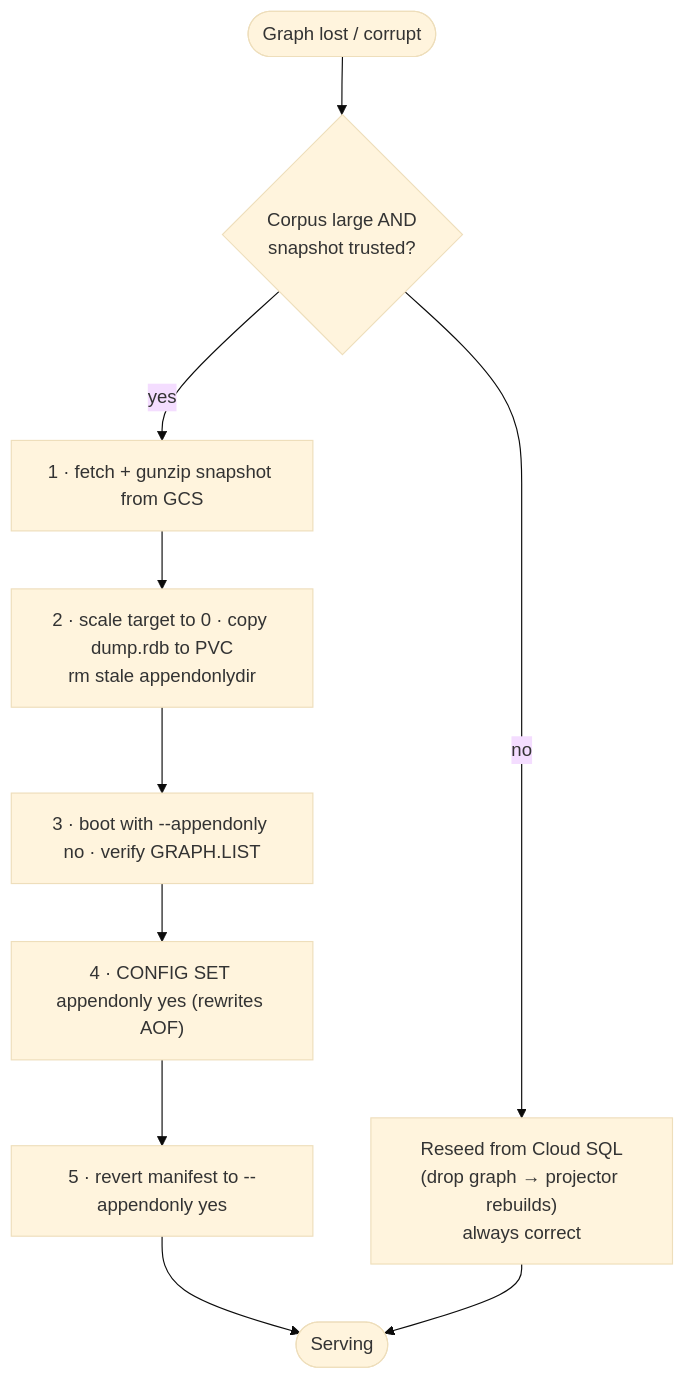
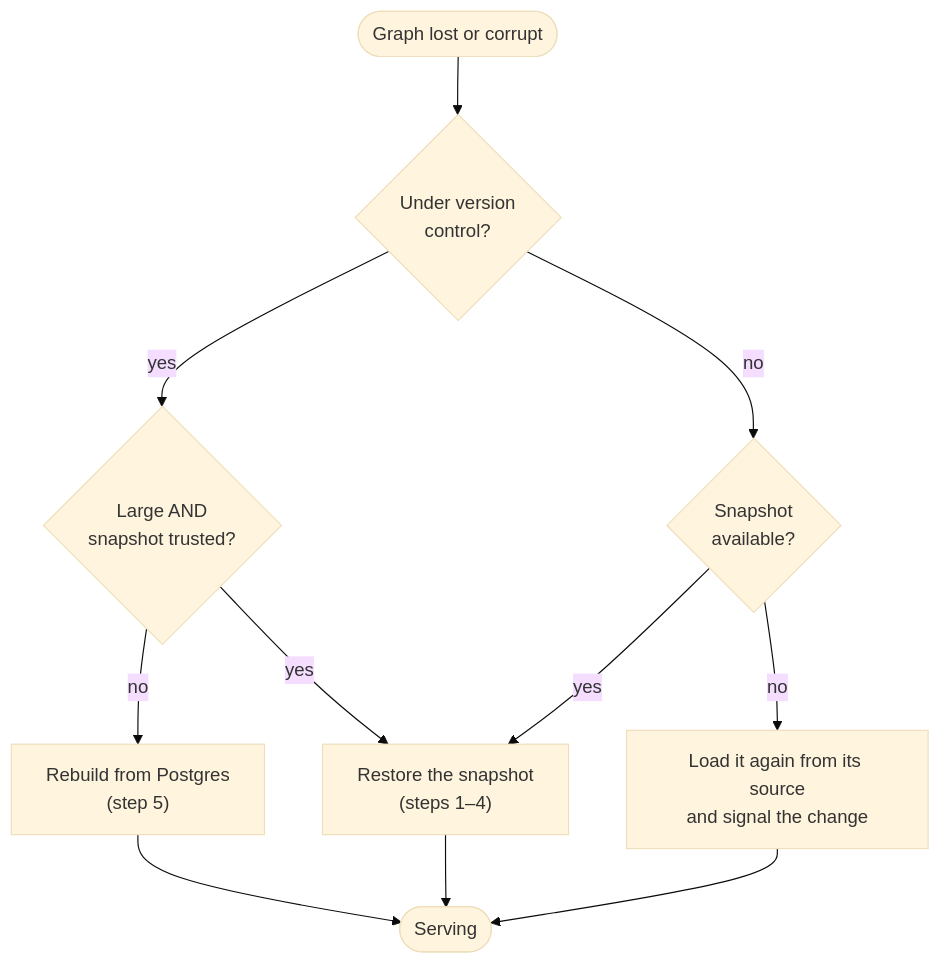
Before and after one commit to rkrumins/dataviz: the diagram in docs/FALKORDB_DR_RUNBOOK.md, drawn with Mermaid (base theme). The commit also changed other lines of this file and 10 other files, not shown here.

````diff
--- a/docs/FALKORDB_DR_RUNBOOK.md
+++ b/docs/FALKORDB_DR_RUNBOOK.md
@@ -56,12 +81,13 @@
 ```mermaid
-flowchart TD
-    START(["Graph lost / corrupt"]) --> Q{"Corpus large AND<br/>snapshot trusted?"}
-    Q -->|"no"| RESEED["Reseed from Cloud SQL<br/>(drop graph → projector rebuilds)<br/>always correct"]
-    Q -->|"yes"| F1["1 · fetch + gunzip snapshot from GCS"]
-    F1 --> F2["2 · scale target to 0 · copy dump.rdb to PVC<br/>rm stale appendonlydir"]
-    F2 --> F3["3 · boot with --appendonly no · verify GRAPH.LIST"]
-    F3 --> F4["4 · CONFIG SET appendonly yes (rewrites AOF)"]
-    F4 --> F5["5 · revert manifest to --appendonly yes"]
-    F5 --> DONE(["Serving"])
-    RESEED --> DONE
+flowchart TB
+    START(["Graph lost or corrupt"]) --> V{"Under version<br/>control?"}
+    V -->|"yes"| Q{"Large AND<br/>snapshot trusted?"}
+    Q -->|"no"| REBUILD["Rebuild from Postgres<br/>(step 5)"]
+    Q -->|"yes"| RESTORE["Restore the snapshot<br/>(steps 1–4)"]
+    V -->|"no"| S{"Snapshot<br/>available?"}
+    S -->|"yes"| RESTORE
+    S -->|"no"| RELOAD["Load it again from its source<br/>and signal the change"]
+    RESTORE --> DONE(["Serving"])
+    REBUILD --> DONE
+    RELOAD --> DONE
 ```
````
